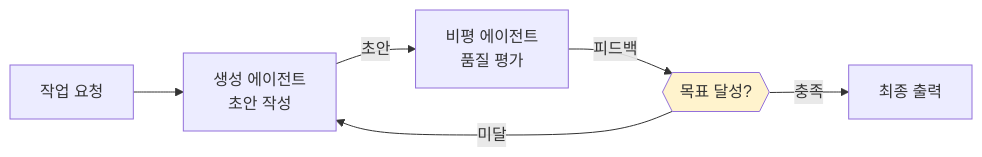
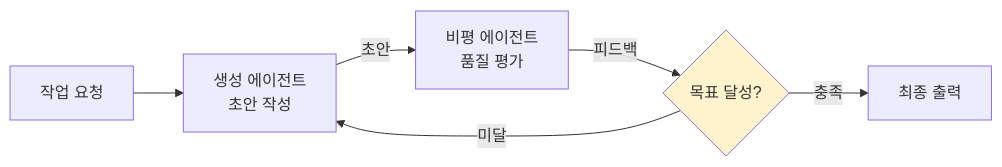
One commit to k82022603/k82022603.github.io changed the fifth of 11 diagrams in _posts/2026-05-03-agentic-design-patterns:-지능형-시스템-구축을-위한-실전-가이드-완전-분석.md. Above: the diagram before and after it, drawn with Mermaid.

Commit message:
auto: sync wiki to blog [2026-05-07 06:25:28]

````diff
--- a/_posts/2026-05-03-agentic-design-patterns:-지능형-시스템-구축을-위한-실전-가이드-완전-분석.md
+++ b/_posts/2026-05-03-agentic-design-patterns:-지능형-시스템-구축을-위한-실전-가이드-완전-분석.md
@@ -147,9 +147,9 @@
 ```mermaid
 flowchart LR
     Task["작업 요청"] --> Generator["생성 에이전트\n초안 작성"]
     Generator --> |"초안"| Critic["비평 에이전트\n품질 평가"]
-    Critic --> |"피드백"| Check{{"목표 달성?"}}
+    Critic --> |"피드백"| Check{"목표 달성?"}
     Check --> |"미달"| Generator
     Check --> |"충족"| Output["최종 출력"]
     style Check fill:#fff3cd
 ```
````
